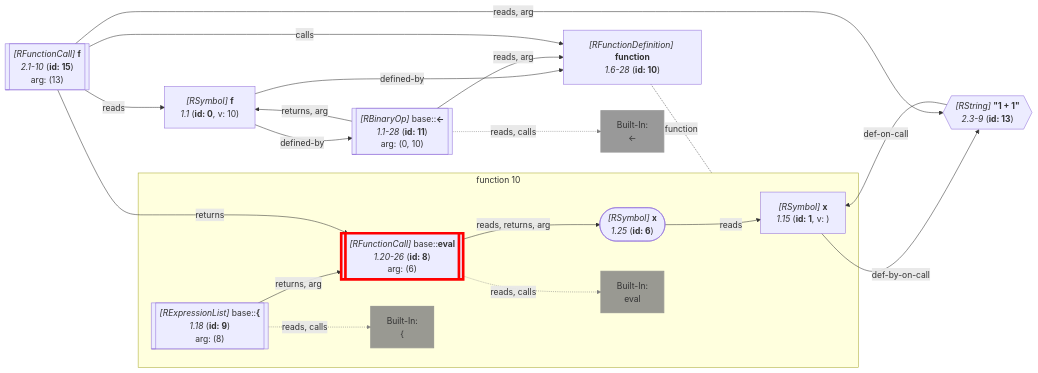
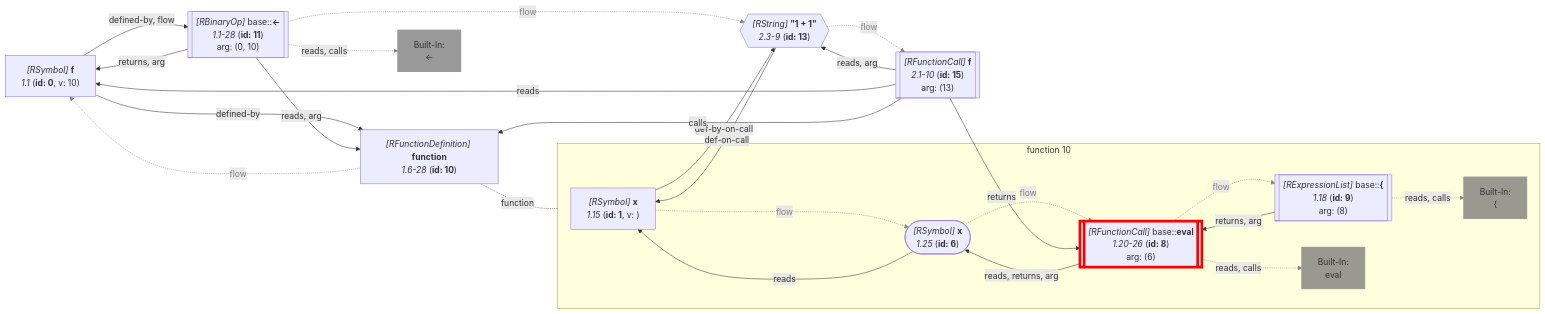
One commit to flowr-analysis/flowr changed the diagram in wiki/[Query] Does-Call.md. Above: the diagram before and after it, drawn with Mermaid. The commit also changed other lines of this file and 141 other files, not shown here.

````diff
--- a/wiki/[Query] Does-Call.md
+++ b/wiki/[Query] Does-Call.md
@@ -101,69 +101,80 @@
 ```mermaid
 flowchart LR
     10["`*#91;RFunctionDefinition#93;* **function**
       *1.6-28* (**id: 10**)`"]
 
 subgraph "flow-10" [function 10]
     1["`*#91;RSymbol#93;* **x**
       *1.15* (**id: 1**, v: )`"]
     6(["`*#91;RSymbol#93;* **x**
       *1.25* (**id: 6**)`"])
     %% Environment of 8 [level: 1]:
     %% Built-in
     %% 1----------------------------------------
     %% 2----------------------------------------
     %%   x: {**x** (id: 1, type: Parameter, def. @2)}
     8[["`*#91;RFunctionCall#93;* base#58;#58;**eval**
       *1.20-26* (**id: 8**)
     arg: (6)`"]]
     style 8 stroke:red,stroke-width:5px; 
     built-in:eval["`Built-In:
 eval`"]
     style built-in:eval stroke:gray,fill:gray,stroke-width:2px,opacity:.8;
     9[["`*#91;RExpressionList#93;* base#58;#58;**#123;**
       *1.18* (**id: 9**)
     arg: (8)`"]]
     built-in:_["`Built-In:
 #123;`"]
     style built-in:_ stroke:gray,fill:gray,stroke-width:2px,opacity:.8;
 end
-   %% No edges found for 10
     0["`*#91;RSymbol#93;* **f**
       *1.1* (**id: 0**, v: 10)`"]
     11[["`*#91;RBinaryOp#93;* base#58;#58;**#60;#45;**
       *1.1-28* (**id: 11**)
     arg: (0, 10)`"]]
     built-in:_-["`Built-In:
 #60;#45;`"]
     style built-in:_- stroke:gray,fill:gray,stroke-width:2px,opacity:.8;
     13{{"`*#91;RString#93;* **#34;1 #43; 1#34;**
       *2.3-9* (**id: 13**)`"}}
     %% Environment of 15 [level: 0]:
     %% Built-in
     %% 1----------------------------------------
     %%   f: {**f** (id: 0, type: Function, def. @11)}
     15[["`*#91;RFunctionCall#93;* **f**
       *2.1-10* (**id: 15**)
     arg: (13)`"]]
+    1 -.->|"flow"| 6
+    linkStyle 0 stroke:gray,color:gray;
     1 -->|"def-by-on-call"| 13
     6 -->|"reads"| 1
+    6 -.->|"flow"| 8
+    linkStyle 3 stroke:gray,color:gray;
     8 -->|"reads, returns, arg"| 6
     8 -.->|"reads, calls"| built-in:eval
-    linkStyle 3 stroke:gray;
+    linkStyle 5 stroke:gray;
+    8 -.->|"flow"| 9
+    linkStyle 6 stroke:gray,color:gray;
     9 -->|"returns, arg"| 8
     9 -.->|"reads, calls"| built-in:_
-    linkStyle 5 stroke:gray;
+    linkStyle 8 stroke:gray;
 10 -.-|function| flow-10
 
+    10 -.->|"flow"| 0
+    linkStyle 10 stroke:gray,color:gray;
+    0 -->|"defined-by, flow"| 11
     0 -->|"defined-by"| 10
-    0 -->|"defined-by"| 11
     11 -->|"reads, arg"| 10
     11 -->|"returns, arg"| 0
     11 -.->|"reads, calls"| built-in:_-
-    linkStyle 11 stroke:gray;
+    linkStyle 15 stroke:gray;
+    11 -.->|"flow"| 13
+    linkStyle 16 stroke:gray,color:gray;
+    13 -.->|"flow"| 15
+    linkStyle 17 stroke:gray,color:gray;
     13 -->|"def-on-call"| 1
     15 -->|"reads, arg"| 13
     15 -->|"reads"| 0
     15 -->|"returns"| 8
     15 -->|"calls"| 10
 ```
````
